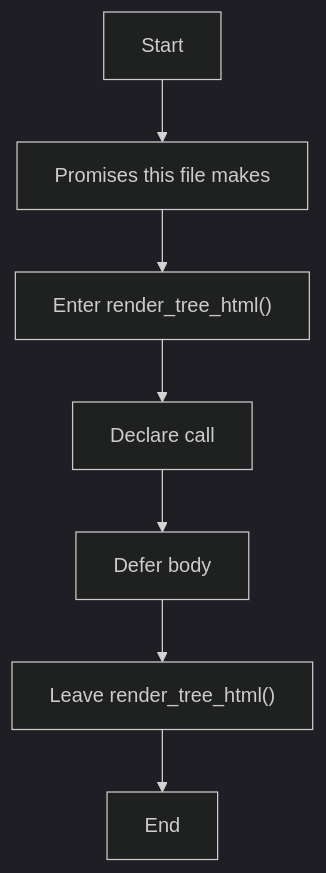
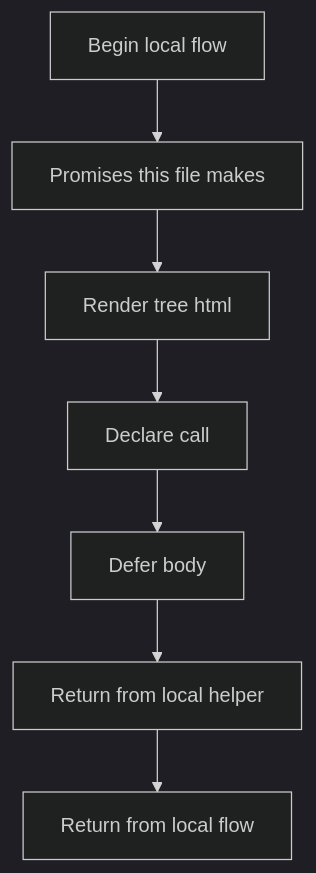
The first of 2 diagrams in docs/Codebase/Microservice/Modules/Header/SyntacticBrokenAST/OutputGeneration/Render/tree_html_renderer.hpp.md (JohnAndrewBalbarosa/NeoTerritory), drawn with Mermaid (dark theme) before and after one commit. The commit also changed other lines of this file and 925 other files, not shown here.

````diff
--- a/docs/Codebase/Microservice/Modules/Header/SyntacticBrokenAST/OutputGeneration/Render/tree_html_renderer.hpp.md
+++ b/docs/Codebase/Microservice/Modules/Header/SyntacticBrokenAST/OutputGeneration/Render/tree_html_renderer.hpp.md
@@ -22,16 +21,16 @@
 ```mermaid
 flowchart TD
-    Start["Start"]
+    Start["Begin local flow"]
     N0["Promises this file makes"]
-    N1["Enter render_tree_html()"]
+    N1["Render tree html"]
     N2["Declare call"]
     N3["Defer body"]
-    N4["Leave render_tree_html()"]
-    End["End"]
+    N4["Return from local helper"]
+    End["Return from local flow"]
     Start --> N0
     N0 --> N1
     N1 --> N2
     N2 --> N3
     N3 --> N4
     N4 --> End
 ```
````
